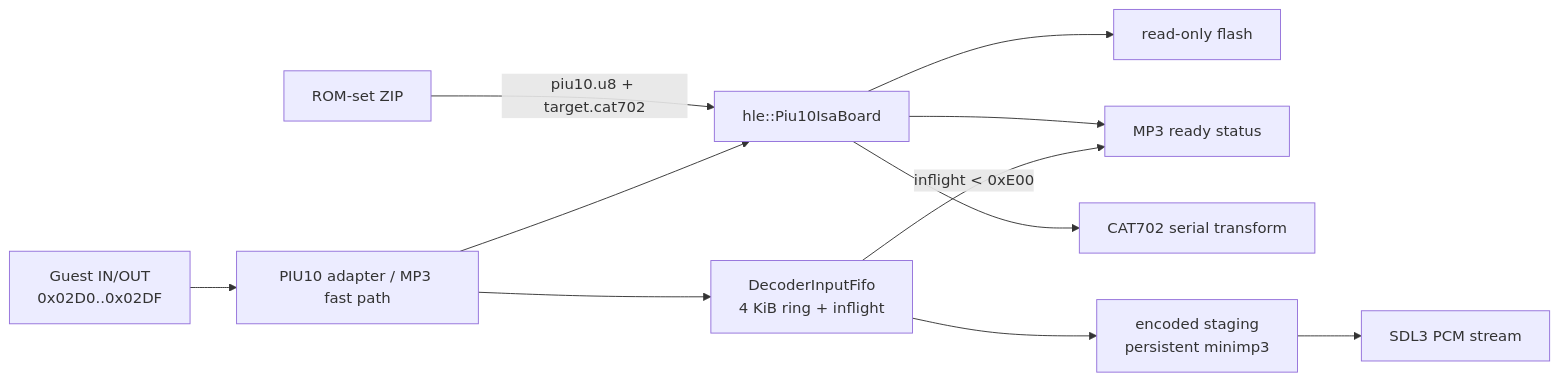
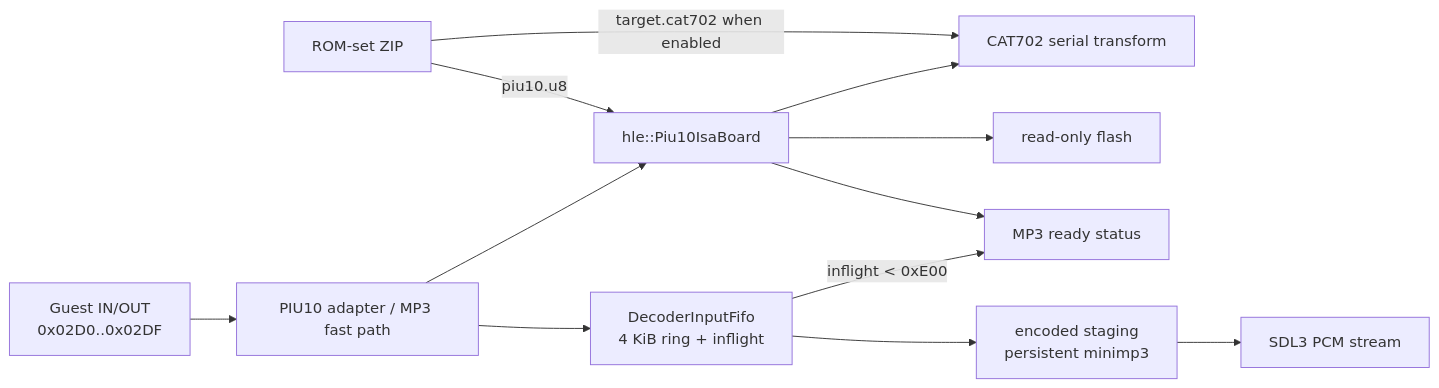
Before and after one commit to nworkers/rePIU: the tenth of 31 diagrams in ARCHITECTURE.md, drawn with Mermaid. The commit also changed other lines of this file and 34 other files, not shown here.

Commit message:
Expand PIU10 target support and wrapped I/O batching

````diff
--- a/ARCHITECTURE.md
+++ b/ARCHITECTURE.md
@@ -595,10 +604,11 @@
 ```mermaid
 flowchart LR
-    Z["ROM-set ZIP"] -->|"piu10.u8 + target.cat702"| D["hle::Piu10IsaBoard"]
+    Z["ROM-set ZIP"] -->|"piu10.u8"| D["hle::Piu10IsaBoard"]
+    Z -->|"target.cat702 when enabled"| C
     G["Guest IN/OUT<br/>0x02D0..0x02DF"] --> W["PIU10 adapter / MP3 fast path"] --> D
     D --> F["read-only flash"]
     D --> M["MP3 ready status"]
     D --> C["CAT702 serial transform"]
     W --> Q["DecoderInputFifo<br/>4 KiB ring + inflight"] --> M3["encoded staging<br/>persistent minimp3"] --> S["SDL3 PCM stream"]
     Q -->|"inflight < 0xE00"| M
 ```
````
